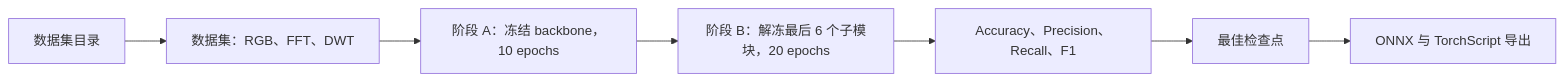
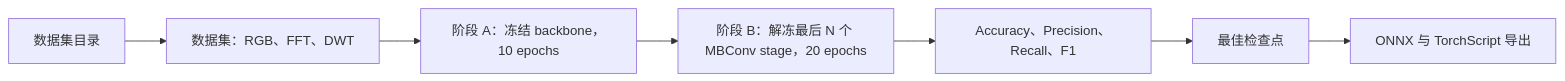
One commit to zgyj4532/opencv-screen-detector changed the seventh of 8 diagrams in README_CN.md. Above: the diagram before and after it, drawn with Mermaid. The commit also changed other lines of this file and 27 other files, not shown here.

````diff
--- a/README_CN.md
+++ b/README_CN.md
@@ -236,9 +246,9 @@
 ```mermaid
 flowchart LR
     Data[数据集目录] --> Load[数据集：RGB、FFT、DWT]
     Load --> A[阶段 A：冻结 backbone，10 epochs]
-    A --> B[阶段 B：解冻最后 6 个子模块，20 epochs]
+    A --> B[阶段 B：解冻最后 N 个 MBConv stage，20 epochs]
     B --> Eval[Accuracy、Precision、Recall、F1]
     Eval --> Best[最佳检查点]
     Best --> Export[ONNX 与 TorchScript 导出]
 ```
````
